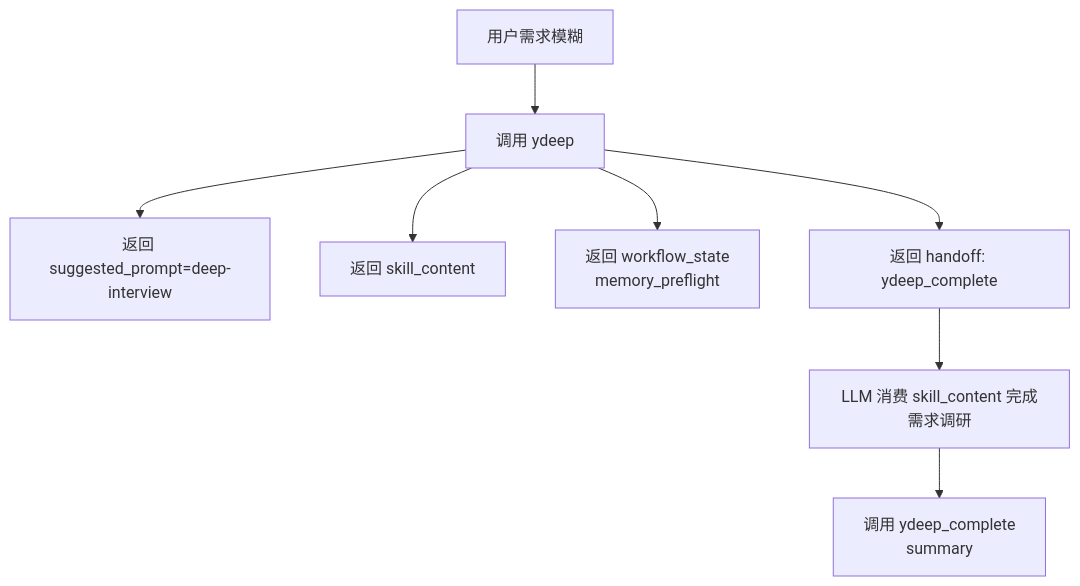
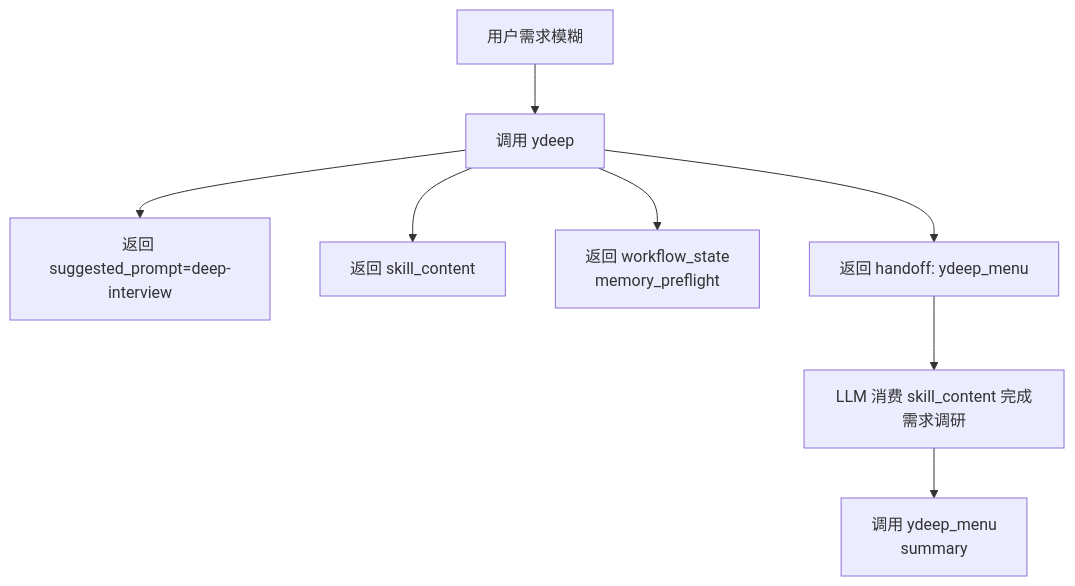
One commit to CodeyLife/Ymcp changed the first of 5 diagrams in docs/current-workflow-flowcharts.md. Above: the diagram before and after it, drawn with Mermaid. The commit also changed other lines of this file and 40 other files, not shown here.

````diff
--- a/docs/current-workflow-flowcharts.md
+++ b/docs/current-workflow-flowcharts.md
@@ -14,10 +14,10 @@
 ```mermaid
 flowchart TD
     A[用户需求模糊] --> B[调用 ydeep]
     B --> C[返回 suggested_prompt=deep-interview]
     B --> D[返回 skill_content]
     B --> E[返回 workflow_state<br/>memory_preflight]
-    B --> F[返回 handoff: ydeep_complete]
+    B --> F[返回 handoff: ydeep_menu]
     F --> G[LLM 消费 skill_content 完成需求调研]
-    G --> H[调用 ydeep_complete<br/>summary]
+    G --> H[调用 ydeep_menu<br/>summary]
 ```
````
